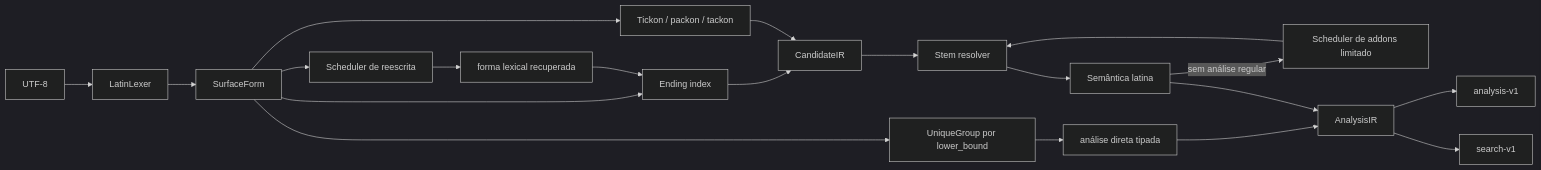
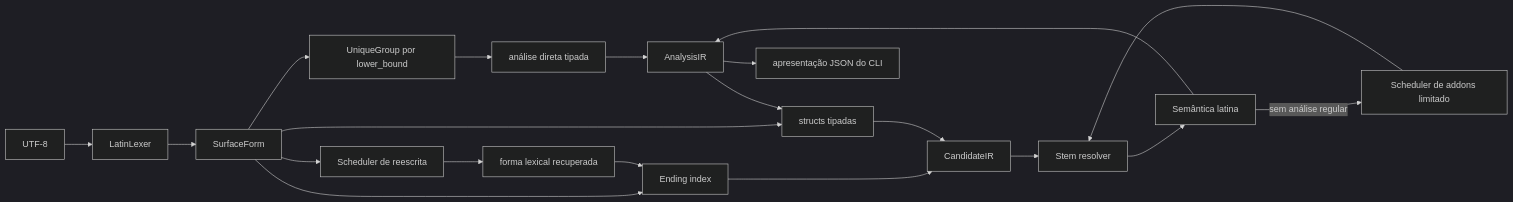
The second of 4 diagrams in whitakers-words/docs/arquitetura-engine-cpp23.md (Fabio3rs/WordsWASM), drawn with Mermaid (dark theme) before and after one commit. The commit also changed other lines of this file and 24 other files, not shown here.

Commit message:
Refatoração JSON e search

````diff
--- a/whitakers-words/docs/arquitetura-engine-cpp23.md
+++ b/whitakers-words/docs/arquitetura-engine-cpp23.md
@@ -86,22 +87,22 @@
 ```mermaid
 flowchart LR
     U[UTF-8] --> L[LatinLexer]
     L --> SF[SurfaceForm]
     SF --> UI[UniqueGroup por lower_bound]
     UI --> UA[análise direta tipada]
     SF --> E[Ending index]
     E --> C[CandidateIR]
     C --> R[Stem resolver]
     R --> S[Semântica latina]
     S -->|sem análise regular| X[Scheduler de addons limitado]
     SF --> T[Tickon / packon / tackon]
     T --> C
     X --> R
     SF --> RW[Scheduler de reescrita]
     RW --> L2[forma lexical recuperada]
     L2 --> E
     UA --> A[AnalysisIR]
     S --> A
-    A --> F[analysis-v1]
-    A --> J[search-v1]
+    A --> T[structs tipadas]
+    A --> P[apresentação JSON do CLI]
 ```
````
